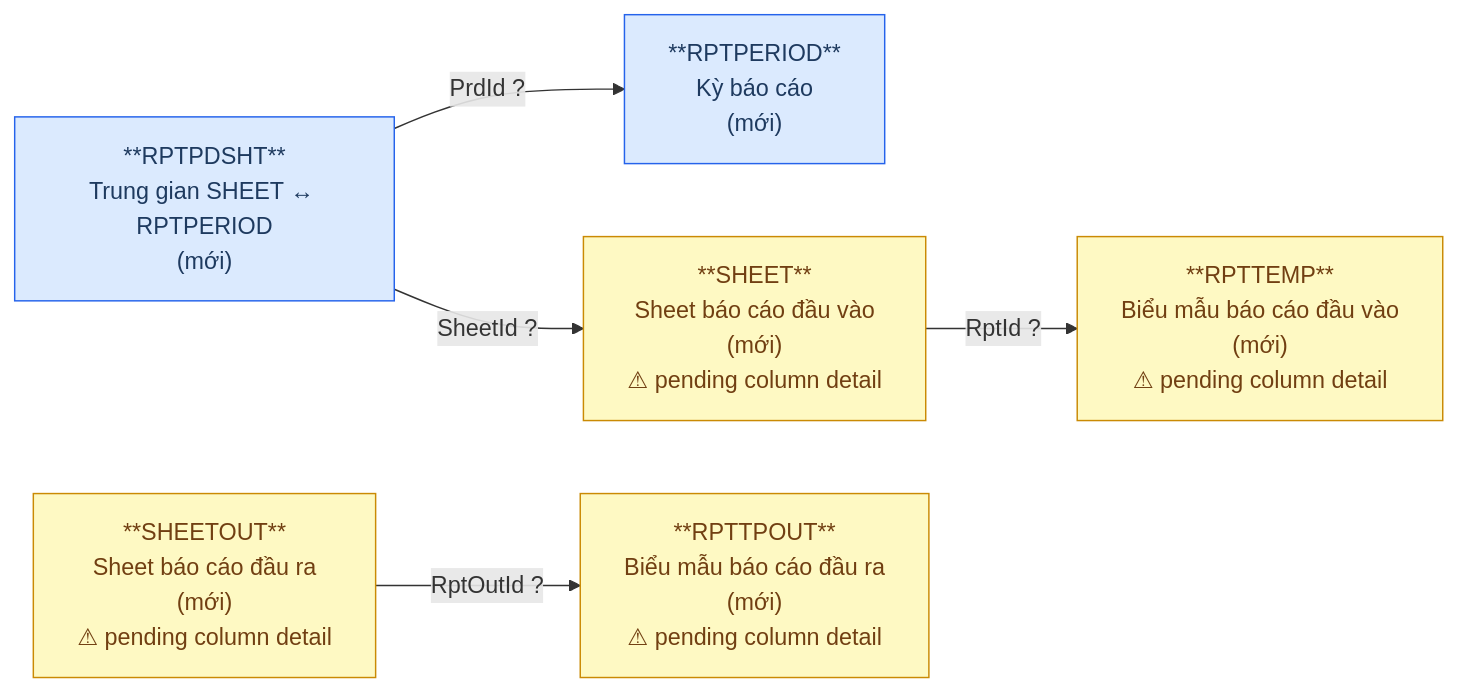
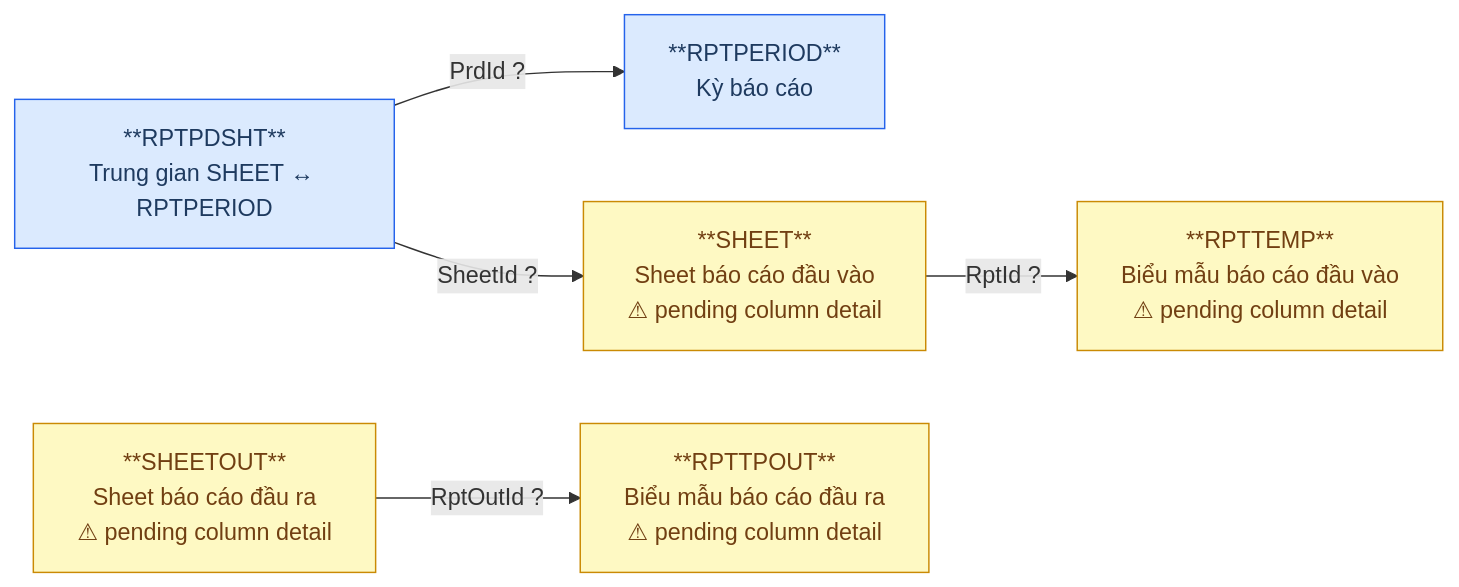
One commit to linhlvit/ubck_atomic_design changed diagram 21 of 30 in Silver/hld/FMS_relationship_diagram.md. Above: the diagram before and after it, drawn with Mermaid. The commit also changed other lines of this file, not shown here.

````diff
--- a/Silver/hld/FMS_relationship_diagram.md
+++ b/Silver/hld/FMS_relationship_diagram.md
@@ -519,17 +478,17 @@
 ```mermaid
 graph LR
     classDef src fill:#dbeafe,stroke:#2563eb,color:#1e3a5f
     classDef pending fill:#fef9c3,stroke:#ca8a04,color:#713f12
 
-    RPTPERIOD["**RPTPERIOD**\nKỳ báo cáo\n(mới)"]:::src
-    RPTTEMP["**RPTTEMP**\nBiểu mẫu báo cáo đầu vào\n(mới)\n⚠ pending column detail"]:::pending
-    SHEET["**SHEET**\nSheet báo cáo đầu vào\n(mới)\n⚠ pending column detail"]:::pending
-    RPTTPOUT["**RPTTPOUT**\nBiểu mẫu báo cáo đầu ra\n(mới)\n⚠ pending column detail"]:::pending
-    SHEETOUT["**SHEETOUT**\nSheet báo cáo đầu ra\n(mới)\n⚠ pending column detail"]:::pending
-    RPTPDSHT["**RPTPDSHT**\nTrung gian SHEET ↔ RPTPERIOD\n(mới)"]:::src
+    RPTPERIOD["**RPTPERIOD**\nKỳ báo cáo"]:::src
+    RPTTEMP["**RPTTEMP**\nBiểu mẫu báo cáo đầu vào\n⚠ pending column detail"]:::pending
+    SHEET["**SHEET**\nSheet báo cáo đầu vào\n⚠ pending column detail"]:::pending
+    RPTTPOUT["**RPTTPOUT**\nBiểu mẫu báo cáo đầu ra\n⚠ pending column detail"]:::pending
+    SHEETOUT["**SHEETOUT**\nSheet báo cáo đầu ra\n⚠ pending column detail"]:::pending
+    RPTPDSHT["**RPTPDSHT**\nTrung gian SHEET ↔ RPTPERIOD"]:::src
 
     SHEET -->|RptId ?| RPTTEMP
     SHEETOUT -->|RptOutId ?| RPTTPOUT
     RPTPDSHT -->|SheetId ?| SHEET
     RPTPDSHT -->|PrdId ?| RPTPERIOD
 ```
````
